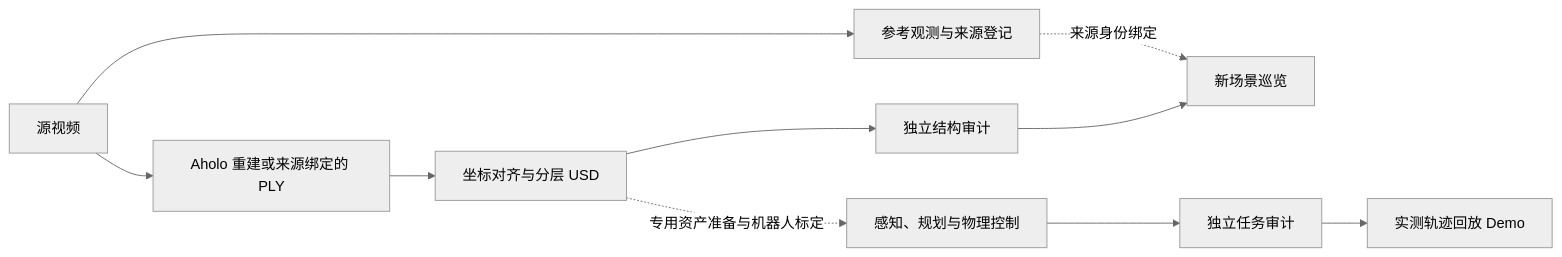
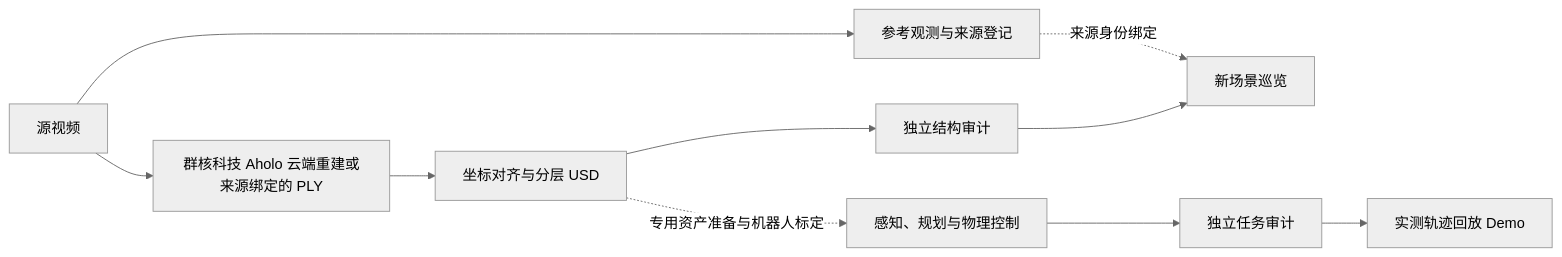
The diagram in README.md (miracle-techlink/aholo-powergrid-simready), drawn with Mermaid (neutral theme) before and after one commit. The commit also changed other lines of this file, not shown here.

Commit message:
docs: clarify Aholo API integration and responsibilities

````diff
--- a/README.md
+++ b/README.md
@@ -116,12 +133,12 @@
 ```mermaid
 flowchart LR
-    V[源视频] --> R[Aholo 重建或来源绑定的 PLY]
+    V[源视频] --> R[群核科技 Aholo 云端重建或来源绑定的 PLY]
     V --> O[参考观测与来源登记]
     R --> S[坐标对齐与分层 USD]
     S --> A[独立结构审计]
     A --> P[新场景巡览]
     O -.来源身份绑定.-> P
     S -.专用资产准备与机器人标定.-> M[感知、规划与物理控制]
     M --> Q[独立任务审计]
     Q --> D[实测轨迹回放 Demo]
 ```
````
